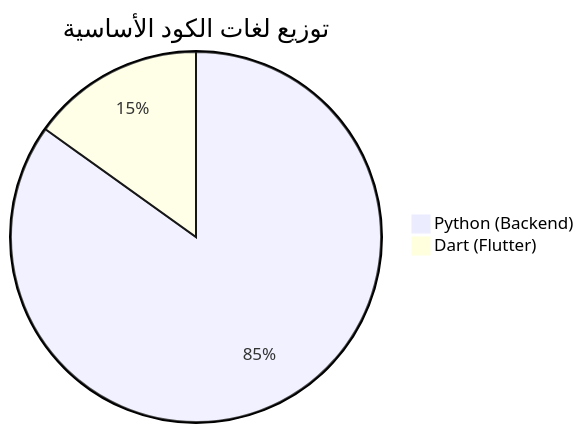
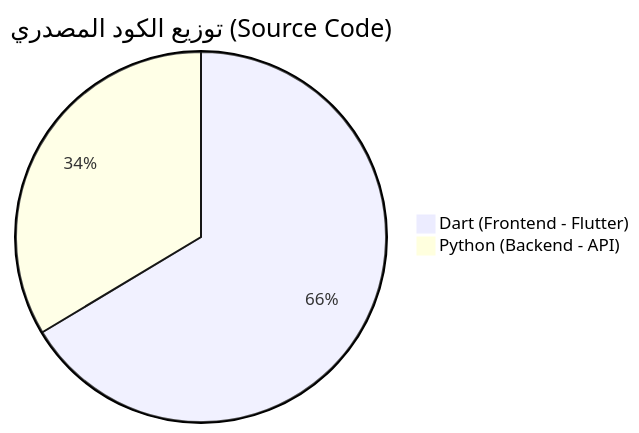
The diagram in README.md (bettaharsaliha54-a11y/Application-mobile-Recensement-Agricole), drawn with Mermaid before and after one commit. The commit also changed other lines of this file, not shown here.

````diff
--- a/README.md
+++ b/README.md
@@ -4,5 +4,5 @@
 ```mermaid
-pie title توزيع لغات الكود الأساسية
-    "Python (Backend)" : 1146
-    "Dart (Flutter)" : 204
+pie title توزيع الكود المصدري (Source Code)
+    "Dart (Frontend - Flutter)" : 81
+    "Python (Backend - API)" : 41
 ```
````
